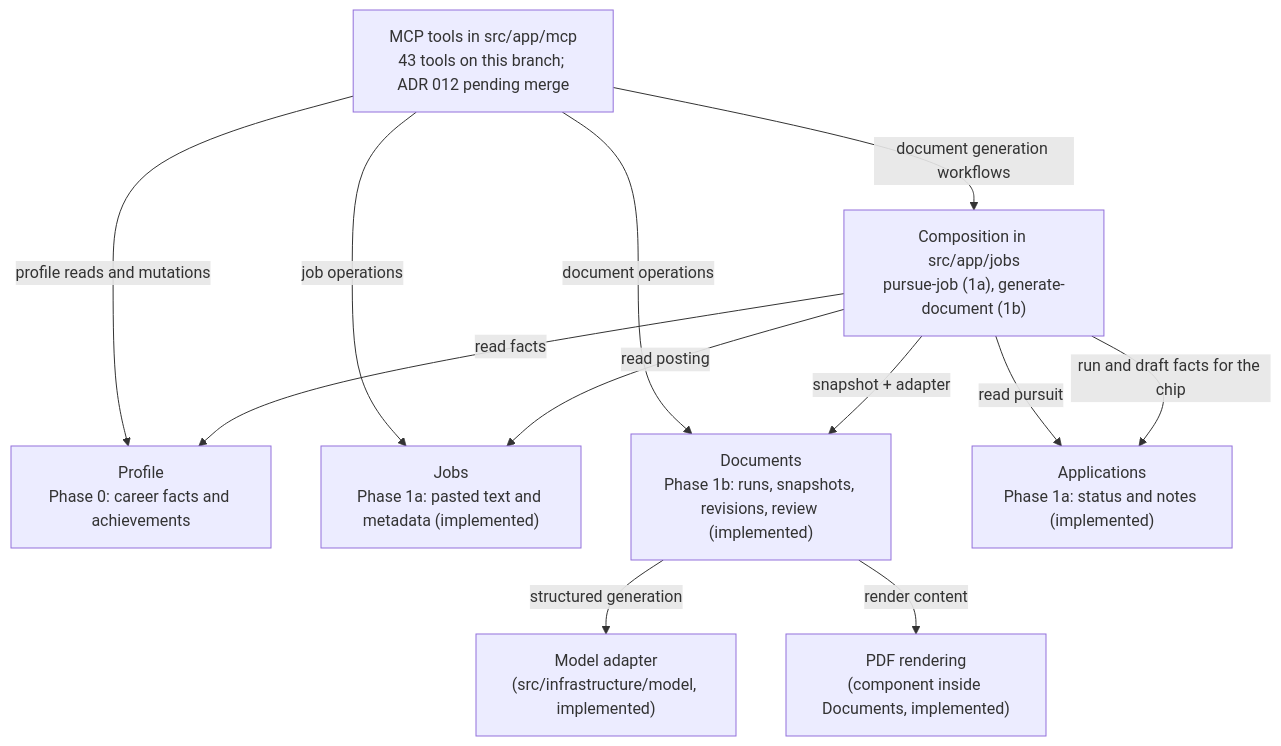
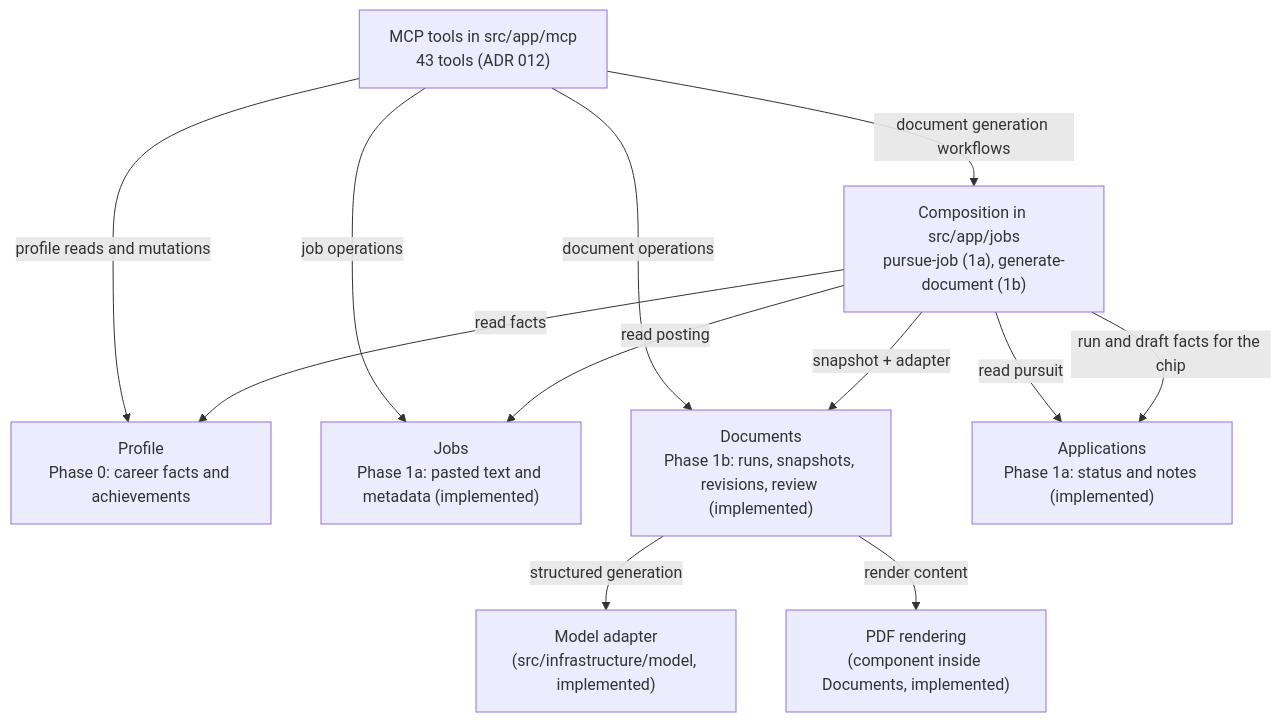
The second of 2 diagrams in docs/03-system-and-modules.md (3333444n/landed), drawn with Mermaid before and after one commit. The commit also changed other lines of this file and 6 other files, not shown here.

````diff
--- a/docs/03-system-and-modules.md
+++ b/docs/03-system-and-modules.md
@@ -39,22 +39,22 @@
 ```mermaid
 flowchart TB
   model["Model adapter<br/>(src/infrastructure/model, implemented)"]
   pdf["PDF rendering<br/>(component inside Documents, implemented)"]
   profile["Profile<br/>Phase 0: career facts and achievements"]
   jobs["Jobs<br/>Phase 1a: pasted text and metadata (implemented)"]
   documents["Documents<br/>Phase 1b: runs, snapshots, revisions, review (implemented)"]
   applications["Applications<br/>Phase 1a: status and notes (implemented)"]
   compose["Composition in src/app/jobs<br/>pursue-job (1a), generate-document (1b)"]
-  mcp["MCP tools in src/app/mcp<br/>43 tools on this branch; ADR 012 pending merge"]
+  mcp["MCP tools in src/app/mcp<br/>43 tools (ADR 012)"]
   mcp -->|"profile reads and mutations"| profile
   mcp -->|"document generation workflows"| compose
   mcp -->|"job operations"| jobs
   mcp -->|"document operations"| documents
   compose -->|"read facts"| profile
   compose -->|"read posting"| jobs
   compose -->|"read pursuit"| applications
   compose -->|"snapshot + adapter"| documents
   documents -->|"structured generation"| model
   documents -->|"render content"| pdf
   compose -->|"run and draft facts for the chip"| applications
 ```
````
